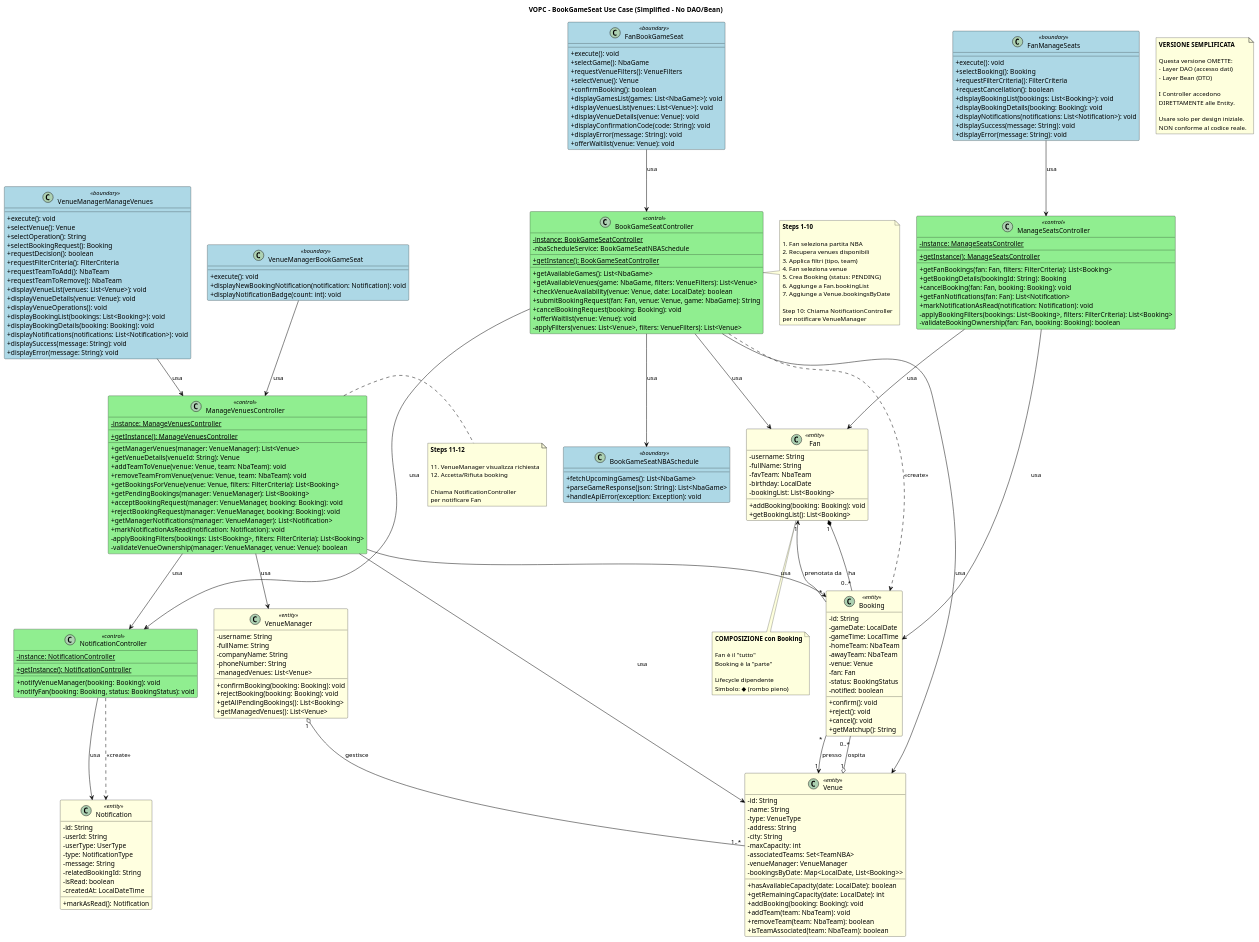
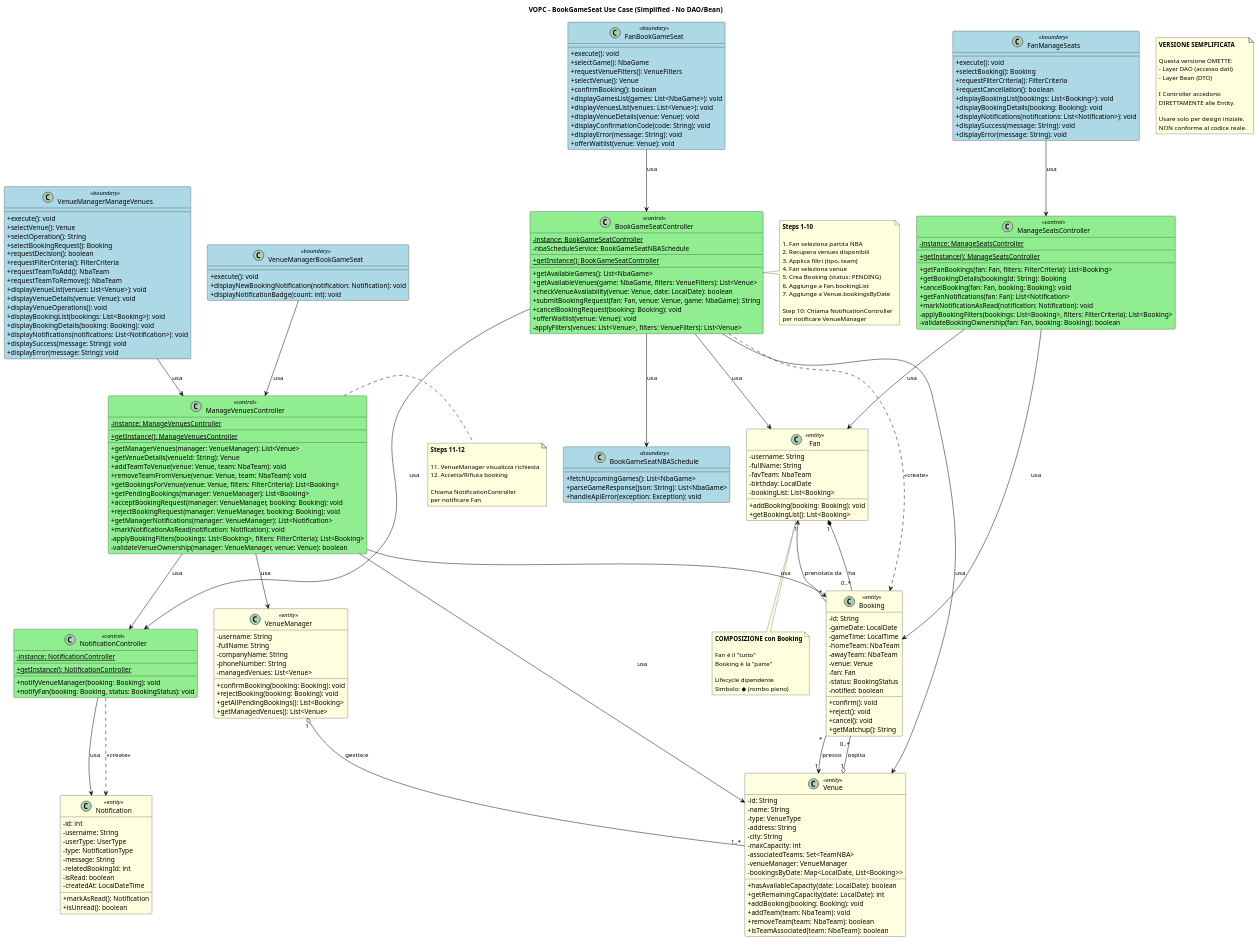
The diagram in VOPC_BookGameSeat_SEMPLIFICATO.puml (EliaCinti/HoopHub), drawn with PlantUML before and after one commit. The commit also changed 2 other files, not shown here.

```diff
--- a/VOPC_BookGameSeat_SEMPLIFICATO.puml
+++ b/VOPC_BookGameSeat_SEMPLIFICATO.puml
@@ -211,16 +211,17 @@
 }
 
 class Notification <<entity>> {
-    - id: String
-    - userId: String
+    - id: int
+    - username: String
     - userType: UserType
     - type: NotificationType
     - message: String
-    - relatedBookingId: String
+    - relatedBookingId: int
     - isRead: boolean
     - createdAt: LocalDateTime
     __
     + markAsRead(): Notification
+    + isUnread(): boolean
 }
 
 ' ============================================================
```
